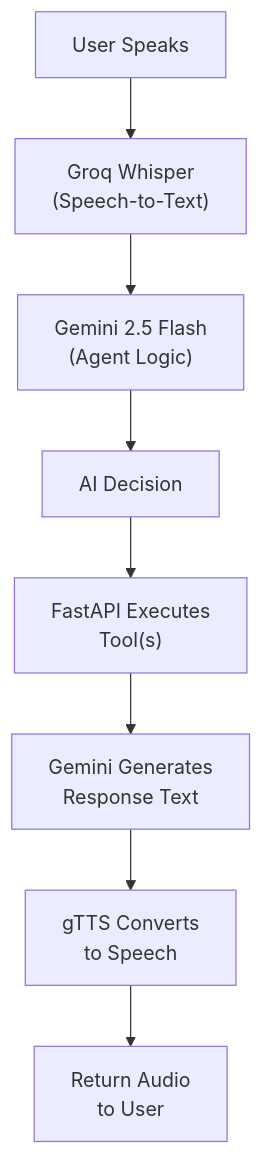
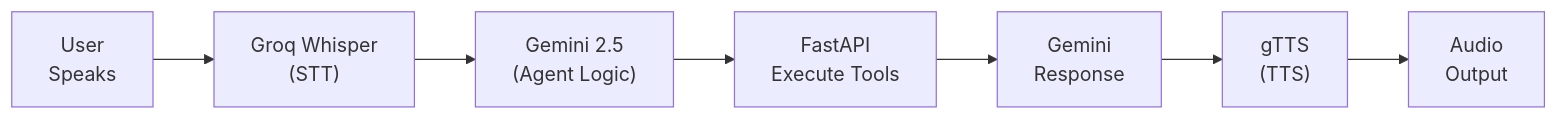
The fifth of 6 diagrams in Readme.md (charanp2006/demo-voice-agent), drawn with Mermaid before and after one commit. The commit also changed other lines of this file and 3 other files, not shown here.

````diff
--- a/Readme.md
+++ b/Readme.md
@@ -114,19 +146,12 @@
 ```mermaid
-graph TD
-    A["User Speaks"]
-    B["Groq Whisper<br/>(Speech-to-Text)"]
-    C["Gemini 2.5 Flash<br/>(Agent Logic)"]
-    D["AI Decision"]
-    E["FastAPI Executes<br/>Tool(s)"]
-    F["Gemini Generates<br/>Response Text"]
-    G["gTTS Converts<br/>to Speech"]
-    H["Return Audio<br/>to User"]
+graph LR
+    A["User<br/>Speaks"]
+    B["Groq Whisper<br/>(STT)"]
+    C["Gemini 2.5<br/>(Agent Logic)"]
+    D["FastAPI<br/>Execute Tools"]
+    E["Gemini<br/>Response"]
+    F["gTTS<br/>(TTS)"]
+    G["Audio<br/>Output"]
     
-    A --> B
-    B --> C
-    C --> D
-    D --> E
-    E --> F
-    F --> G
-    G --> H
+    A --> B --> C --> D --> E --> F --> G
 ```
````
